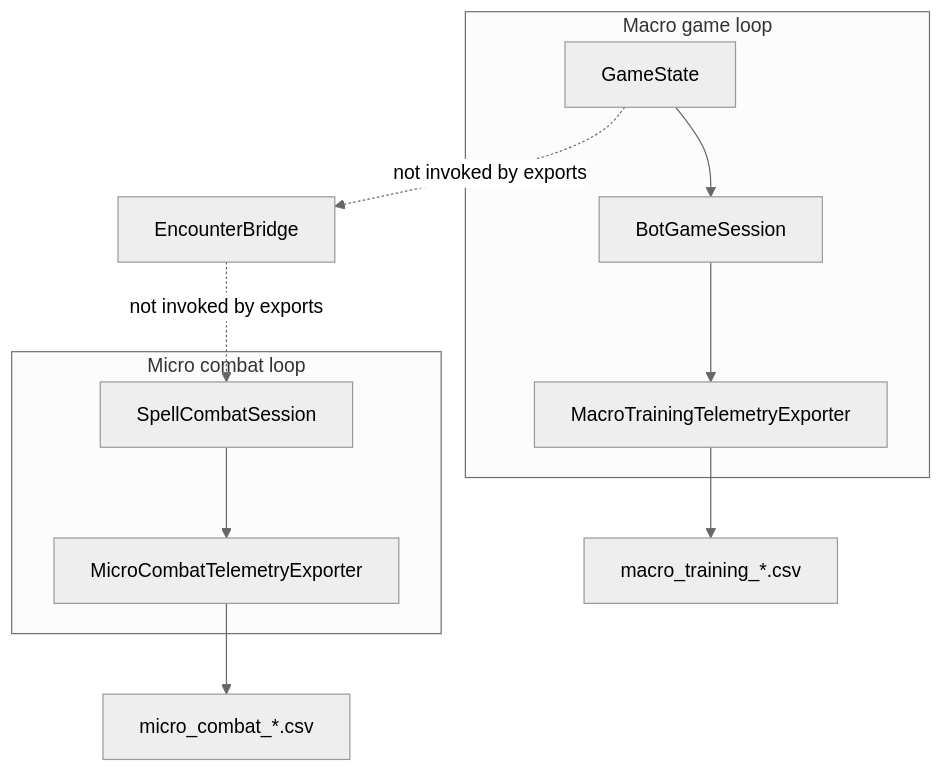
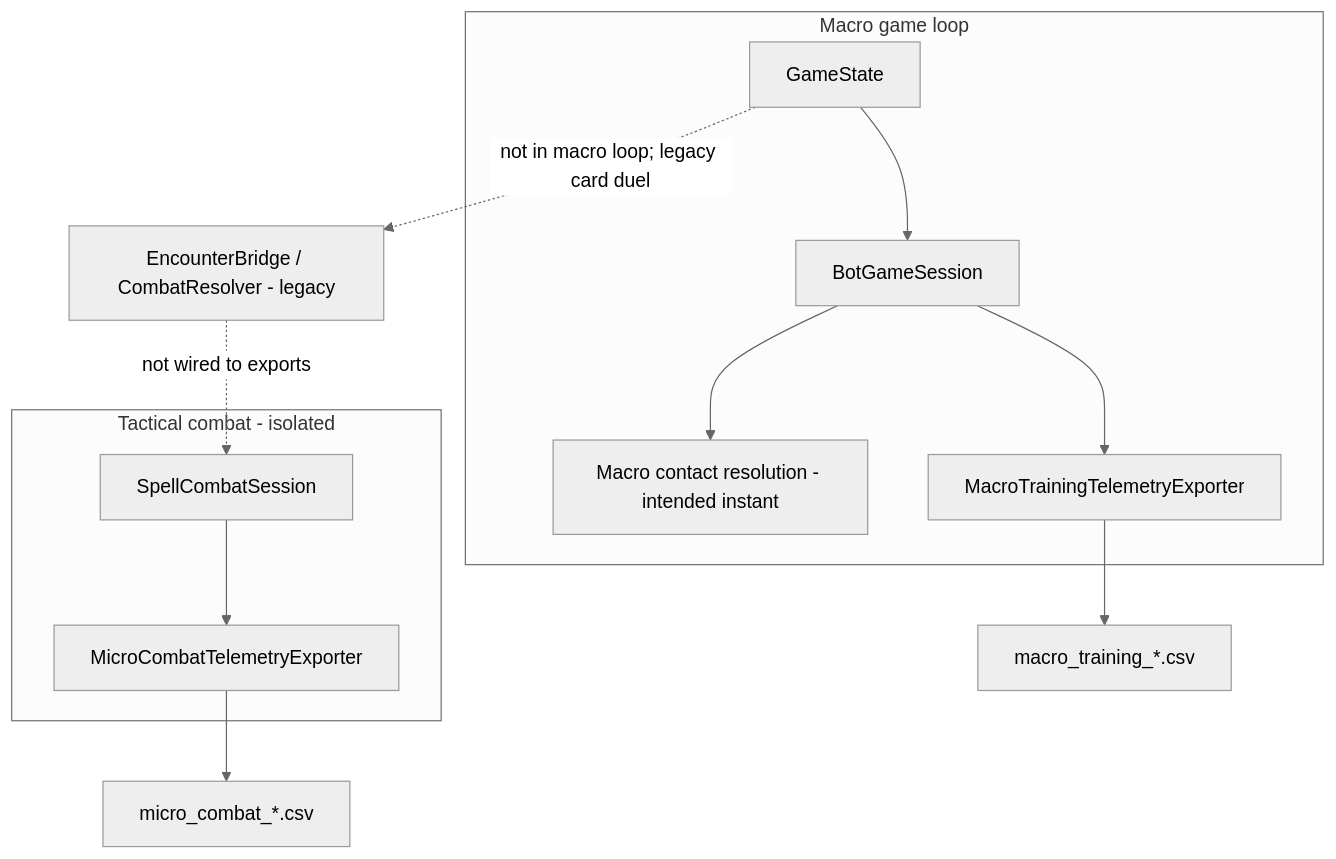
Before and after one commit to Joesalmon1985/Gods-and-Wizards: the first of 2 diagrams in docs/MACRO_MICRO_INTEGRATION_DESIGN.md, drawn with Mermaid (neutral theme). The commit also changed other lines of this file and 14 other files, not shown here.

````diff
--- a/docs/MACRO_MICRO_INTEGRATION_DESIGN.md
+++ b/docs/MACRO_MICRO_INTEGRATION_DESIGN.md
@@ -23,19 +46,22 @@
 ```mermaid
 flowchart TB
   subgraph macroLoop [Macro game loop]
     GS["GameState"]
     BGS["BotGameSession"]
+    MCR["Macro contact resolution - intended instant"]
     MTE["MacroTrainingTelemetryExporter"]
-    GS --> BGS --> MTE
+    GS --> BGS
+    BGS --> MCR
+    BGS --> MTE
   end
-  subgraph microLoop [Micro combat loop]
+  subgraph tacticalLoop [Tactical combat - isolated]
     SCS["SpellCombatSession"]
     MCE["MicroCombatTelemetryExporter"]
     SCS --> MCE
   end
-  EB["EncounterBridge"]
-  GS -.->|"not invoked by exports"| EB
-  EB -.->|"not invoked by exports"| SCS
+  EB["EncounterBridge / CombatResolver - legacy"]
+  GS -.->|"not in macro loop; legacy card duel"| EB
+  EB -.->|"not wired to exports"| SCS
   MTE --> MacroCsv["macro_training_*.csv"]
   MCE --> MicroCsv["micro_combat_*.csv"]
 ```
````
